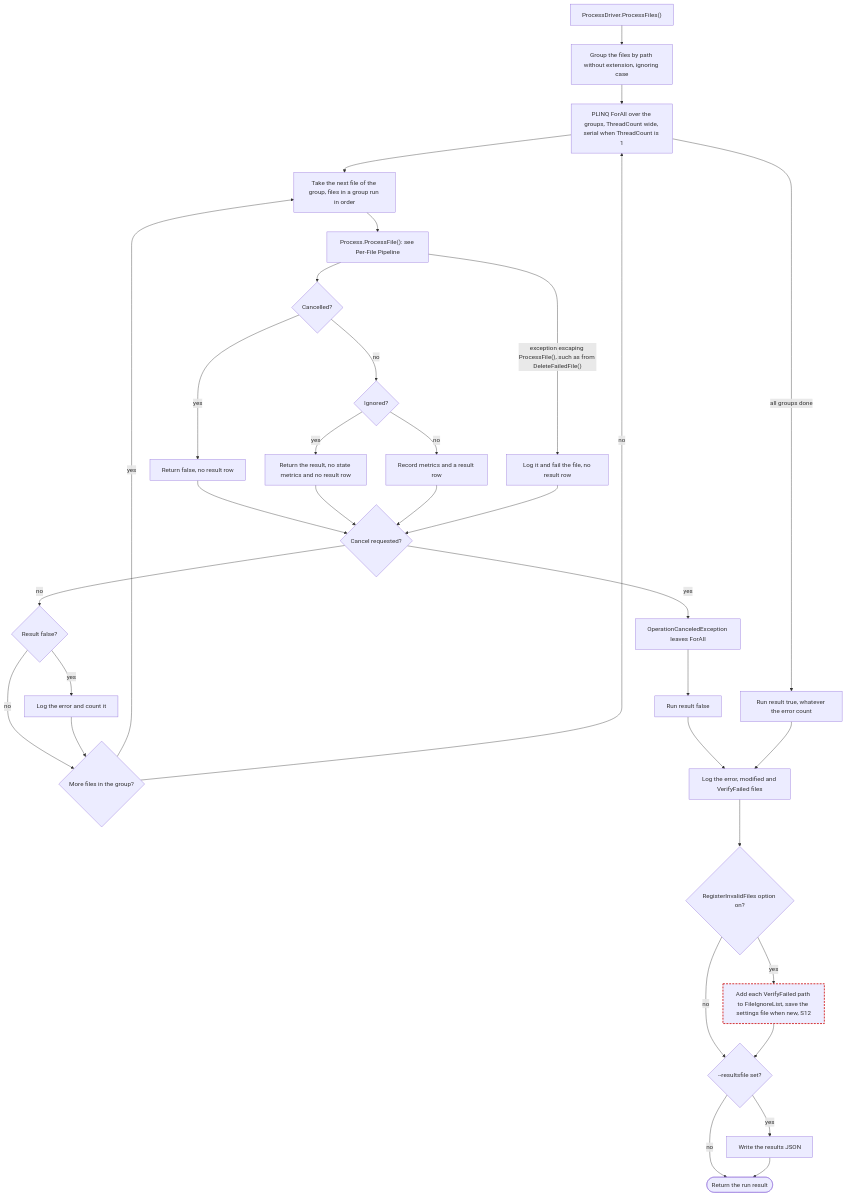
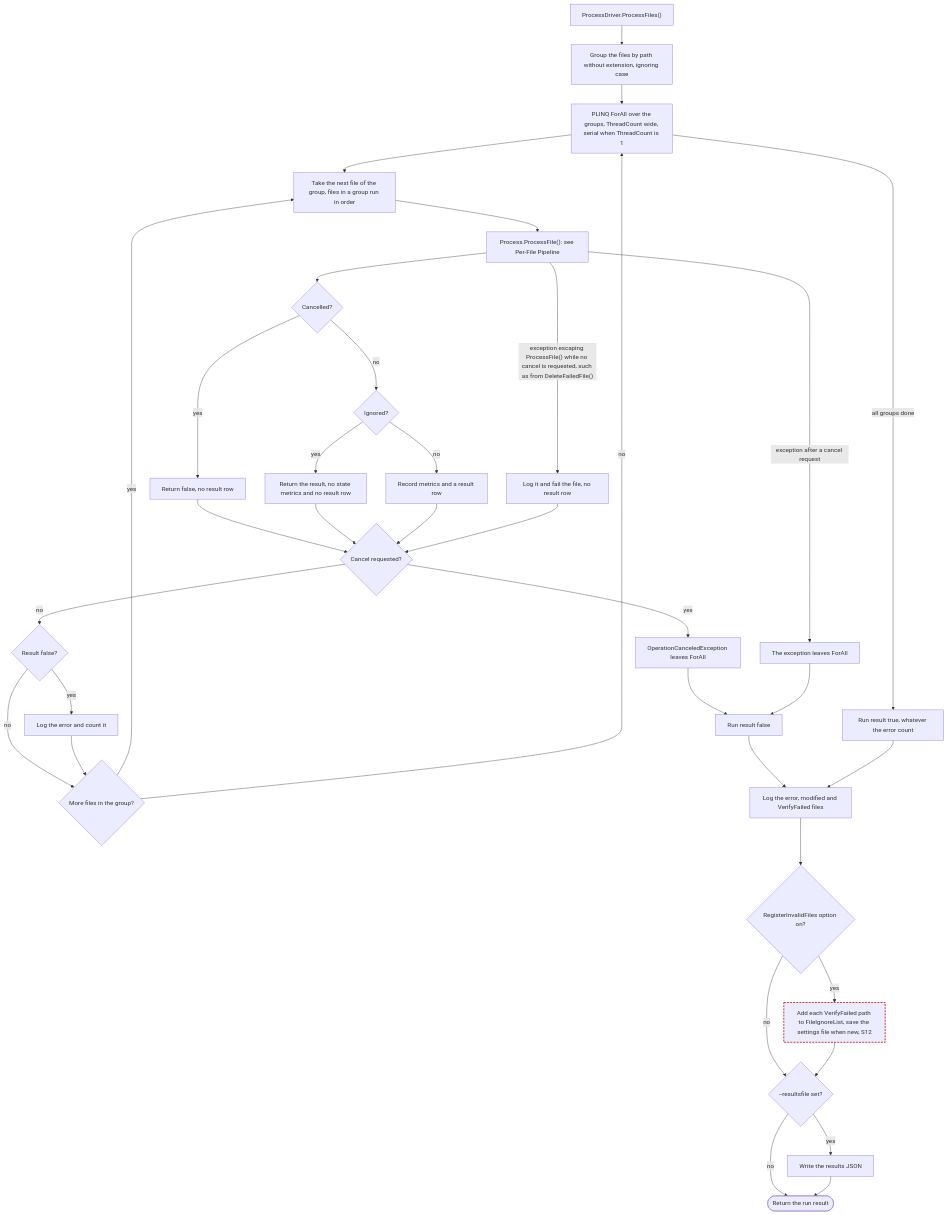
Before and after one commit to ptr727/PlexCleaner: the second of 11 diagrams in ARCHITECTURE.md, drawn with Mermaid.

Commit message:
Draw the Dispatch Exception Edges for Both Cancel States

````diff
--- a/ARCHITECTURE.md
+++ b/ARCHITECTURE.md
@@ -264,36 +264,38 @@
 ```mermaid
 flowchart TD
   A["ProcessDriver.ProcessFiles()"] --> B["Group the files by path without extension, ignoring case"]
   B --> C["PLINQ ForAll over the groups, ThreadCount wide, serial when ThreadCount is 1"]
   C --> D["Take the next file of the group, files in a group run in order"]
   D --> E["Process.ProcessFile(): see Per-File Pipeline"]
   E --> L1{"Cancelled?"}
   L1 -->|yes| L2["Return false, no result row"]
   L1 -->|no| L3{"Ignored?"}
   L3 -->|yes| L4["Return the result, no state metrics and no result row"]
   L3 -->|no| L5["Record metrics and a result row"]
   L2 --> K{"Cancel requested?"}
   L4 --> K
   L5 --> K
   K -->|yes| X1["OperationCanceledException leaves ForAll"]
   K -->|no| K1{"Result false?"}
   K1 -->|yes| K2["Log the error and count it"]
   K1 -->|no| N
   K2 --> N{"More files in the group?"}
   N -->|yes| D
   N -->|no| C
-  E -->|"exception escaping ProcessFile(), such as from DeleteFailedFile()"| E1["Log it and fail the file, no result row"]
+  E -->|"exception escaping ProcessFile() while no cancel is requested, such as from DeleteFailedFile()"| E1["Log it and fail the file, no result row"]
   E1 --> K
+  E -->|"exception after a cancel request"| X3["The exception leaves ForAll"]
   X1 --> RF["Run result false"]
+  X3 --> RF
   C -->|all groups done| RT["Run result true, whatever the error count"]
   RF --> P["Log the error, modified and VerifyFailed files"]
   RT --> P
   P --> Q{"RegisterInvalidFiles option on?"}
   Q -->|yes| Q1["Add each VerifyFailed path to FileIgnoreList, save the settings file when new, S12"]:::suspect
   Q -->|no| W
   Q1 --> W{"--resultsfile set?"}
   W -->|yes| W1["Write the results JSON"]
   W -->|no| Z(["Return the run result"])
   W1 --> Z
   classDef suspect stroke:#c00,stroke-width:2px,stroke-dasharray:5 3
 ```
````
